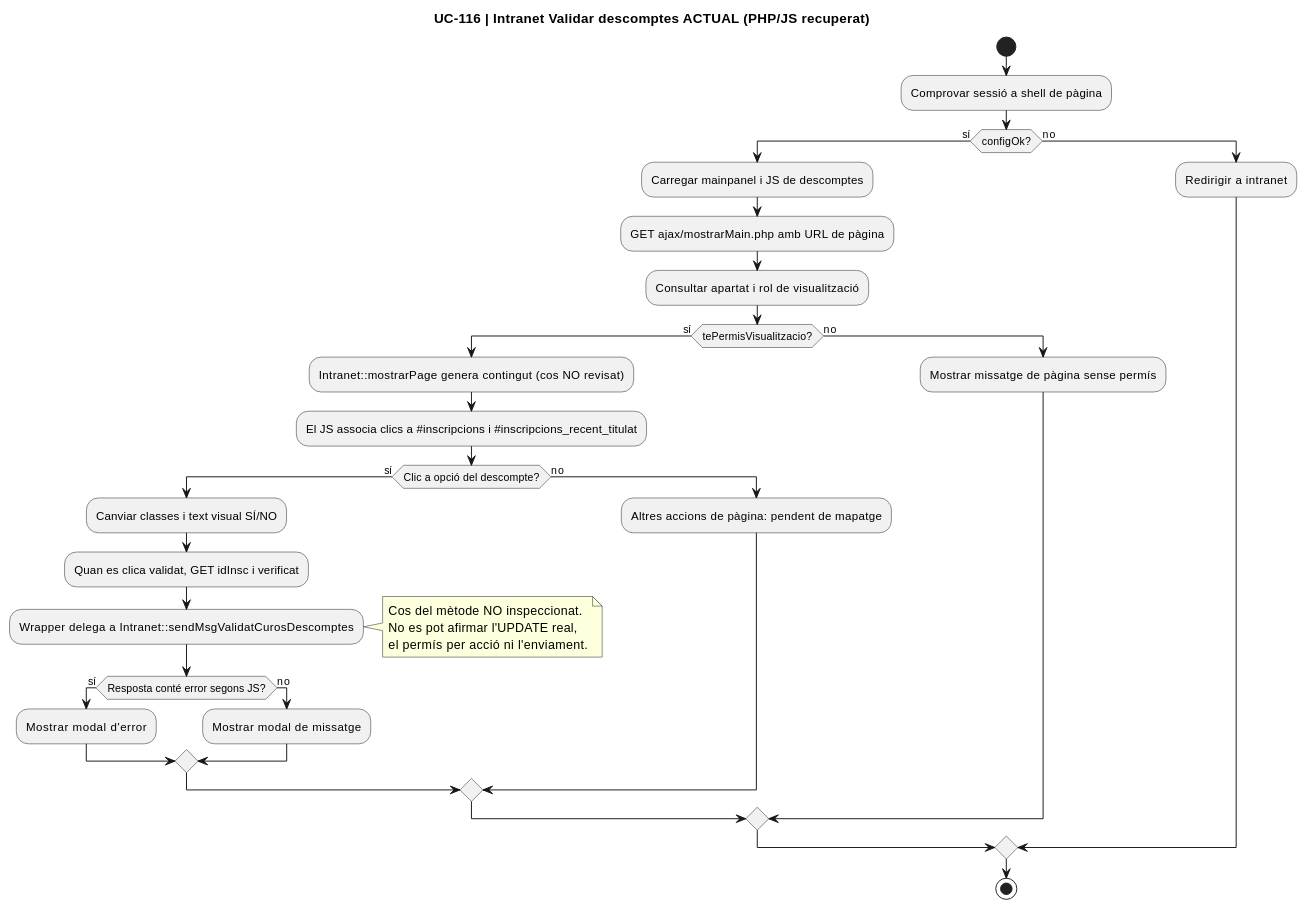
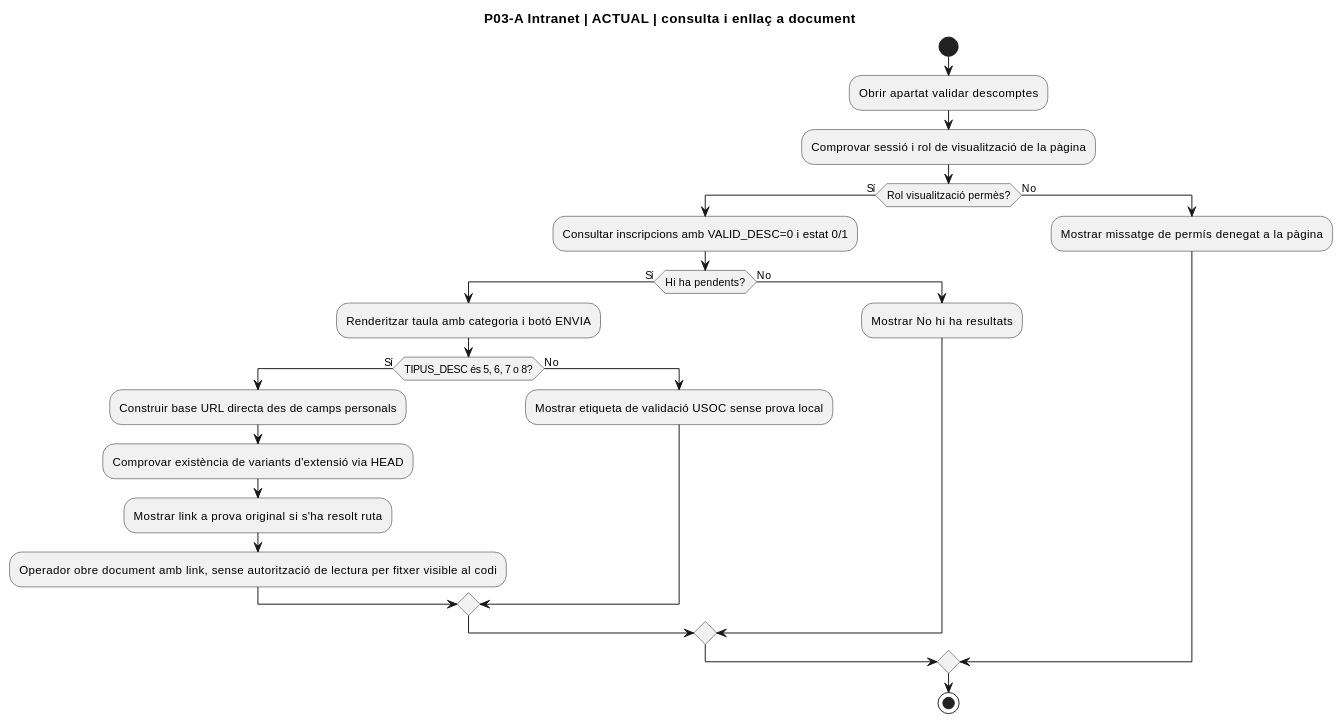
One commit to orgmeriemprismacat-del/verifactu changed the seventh of 10 diagrams in documentacio/07-uml-integrat/uc-116-activitats-pagines-justificants-actual-final.md. Above: the diagram before and after it, drawn with PlantUML. The commit also changed other lines of this file, not shown here.

Commit message:
docs: complete UC116 page activity diagrams with verified web form and intranet method

````diff
--- a/documentacio/07-uml-integrat/uc-116-activitats-pagines-justificants-actual-final.md
+++ b/documentacio/07-uml-integrat/uc-116-activitats-pagines-justificants-actual-final.md
@@ -137,38 +192,27 @@
 ```plantuml
 @startuml
-title UC-116 | Intranet Validar descomptes ACTUAL (PHP/JS recuperat)
+title P03-A Intranet | ACTUAL | consulta i enllaç a document
 start
-:Comprovar sessió a shell de pàgina;
-if (configOk?) then (sí)
-  :Carregar mainpanel i JS de descomptes;
-  :GET ajax/mostrarMain.php amb URL de pàgina;
-  :Consultar apartat i rol de visualització;
-  if (tePermisVisualitzacio?) then (sí)
-    :Intranet::mostrarPage genera contingut (cos NO revisat);
-    :El JS associa clics a #inscripcions i #inscripcions_recent_titulat;
-    if (Clic a opció del descompte?) then (sí)
-      :Canviar classes i text visual SÍ/NO;
-      :Quan es clica validat, GET idInsc i verificat;
-      :Wrapper delega a Intranet::sendMsgValidatCurosDescomptes;
-      note right
-        Cos del mètode NO inspeccionat.
-        No es pot afirmar l'UPDATE real,
-        el permís per acció ni l'enviament.
-      end note
-      if (Resposta conté error segons JS?) then (sí)
-        :Mostrar modal d'error;
-      else (no)
-        :Mostrar modal de missatge;
-      endif
-    else (no)
-      :Altres accions de pàgina: pendent de mapatge;
-    endif
-  else (no)
-    :Mostrar missatge de pàgina sense permís;
+:Obrir apartat validar descomptes;
+:Comprovar sessió i rol de visualització de la pàgina;
+if (Rol visualització permès?) then (Sí)
+ :Consultar inscripcions amb VALID_DESC=0 i estat 0/1;
+ if (Hi ha pendents?) then (Sí)
+  :Renderitzar taula amb categoria i botó ENVIA;
+  if (TIPUS_DESC és 5, 6, 7 o 8?) then (Sí)
+   :Construir base URL directa des de camps personals;
+   :Comprovar existència de variants d'extensió via HEAD;
+   :Mostrar link a prova original si s'ha resolt ruta;
+   :Operador obre document amb link, sense autorització de lectura per fitxer visible al codi;
+  else (No)
+   :Mostrar etiqueta de validació USOC sense prova local;
   endif
-else (no)
-  :Redirigir a intranet;
+ else (No)
+  :Mostrar No hi ha resultats;
+ endif
+else (No)
+ :Mostrar missatge de permís denegat a la pàgina;
 endif
 stop
 @enduml
 ```
````
